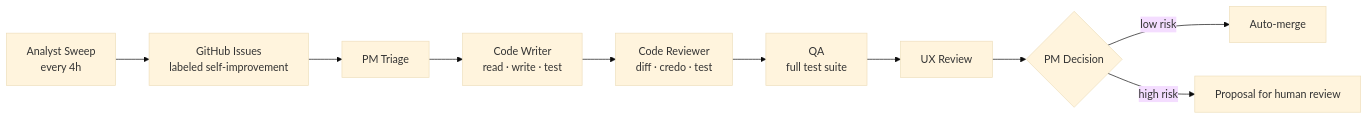
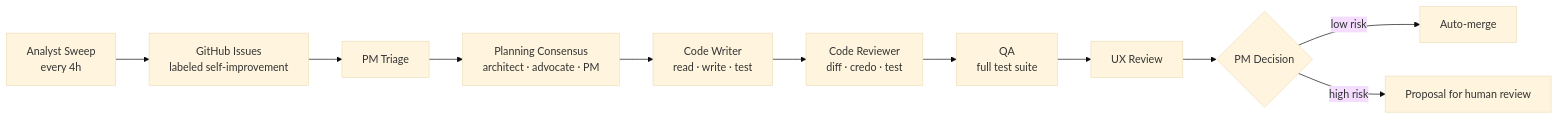
Before and after one commit to lessthanseventy/ex_cortex: the third of 3 diagrams in README.md, drawn with Mermaid (base theme). The commit also changed other lines of this file and 1 other file, not shown here.

````diff
--- a/README.md
+++ b/README.md
@@ -300,17 +318,19 @@
 ```mermaid
 flowchart LR
     Sweep["Analyst Sweep
     every 4h"] --> Issues["GitHub Issues
     labeled self-improvement"]
     Issues --> PM["PM Triage"]
-    PM --> Writer["Code Writer
+    PM --> Plan["Planning Consensus
+    architect · advocate · PM"]
+    Plan --> Writer["Code Writer
     read · write · test"]
     Writer --> Reviewer["Code Reviewer
     diff · credo · test"]
     Reviewer --> QA["QA
     full test suite"]
     QA --> UX["UX Review"]
     UX --> Merge{"PM Decision"}
     Merge -- "low risk" --> Auto["Auto-merge"]
     Merge -- "high risk" --> Propose["Proposal for human review"]
 ```
````
